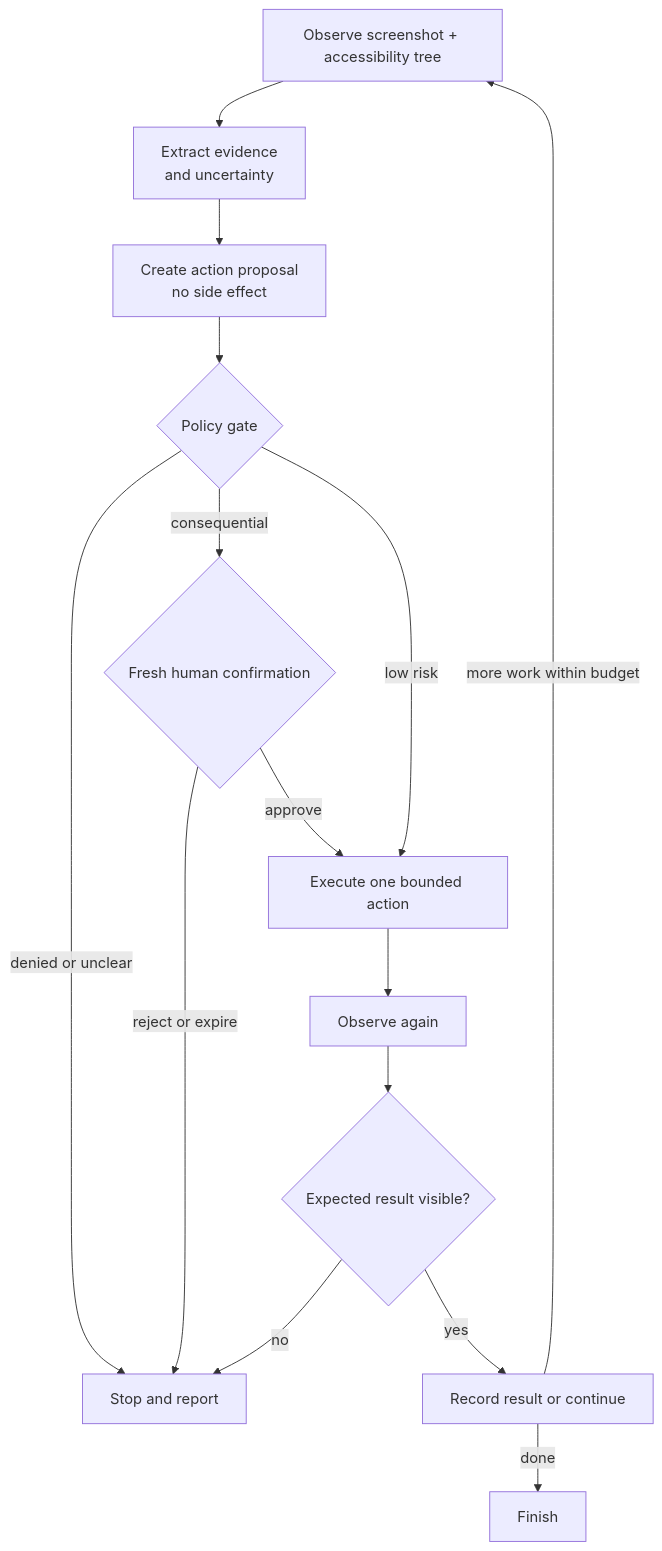
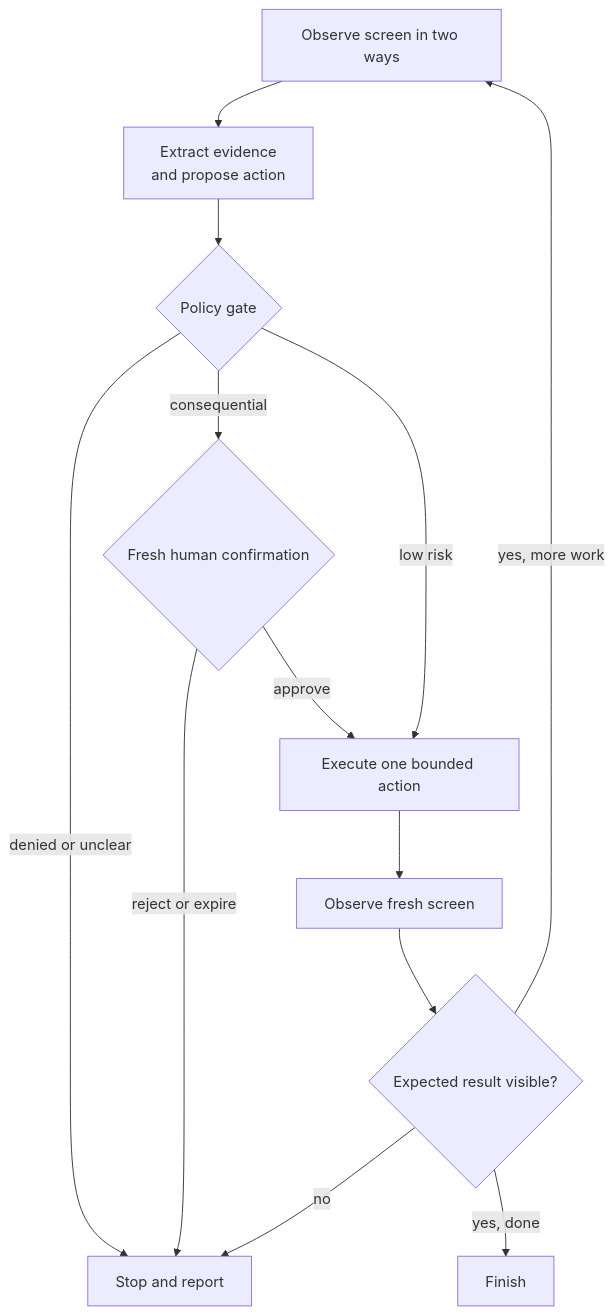
Before and after one commit to VikrantSingh01/Agentic_System_Design: the second of 2 diagrams in modules/03-context-knowledge-memory/chapters/13-multimodal-computer-using-agents.md, drawn with Mermaid. The commit also changed other lines of this file and 5 other files, not shown here.

Commit message:
Improve Module 3 diagram accessibility

````diff
--- a/modules/03-context-knowledge-memory/chapters/13-multimodal-computer-using-agents.md
+++ b/modules/03-context-knowledge-memory/chapters/13-multimodal-computer-using-agents.md
@@ -211,17 +217,15 @@
 ```mermaid
 flowchart TD
-    O[Observe screenshot + accessibility tree] --> E[Extract evidence<br/>and uncertainty]
-    E --> P[Create action proposal<br/>no side effect]
-    P --> G{Policy gate}
+    O[Observe screen in two ways] --> E[Extract evidence<br/>and propose action]
+    E --> G{Policy gate}
     G -->|denied or unclear| Z[Stop and report]
     G -->|consequential| C{Fresh human confirmation}
     C -->|reject or expire| Z
     C -->|approve| A[Execute one bounded action]
     G -->|low risk| A
-    A --> F[Observe again]
+    A --> F[Observe fresh screen]
     F --> V{Expected result visible?}
-    V -->|yes| D[Record result or continue]
     V -->|no| Z
-    D -->|more work within budget| O
-    D -->|done| Q[Finish]
+    V -->|yes, more work| O
+    V -->|yes, done| Q[Finish]
 ```
````
